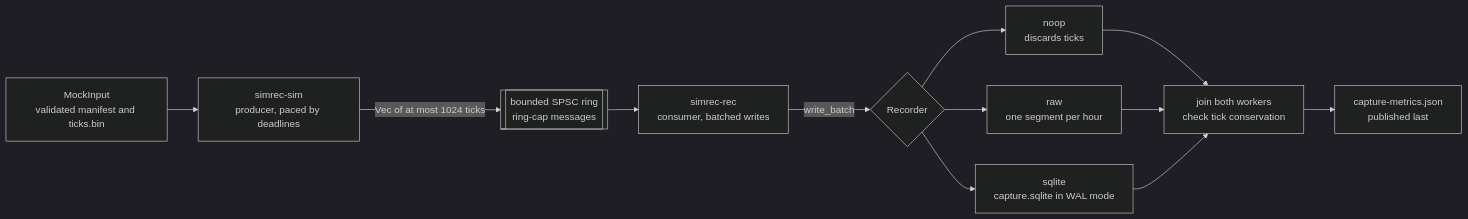
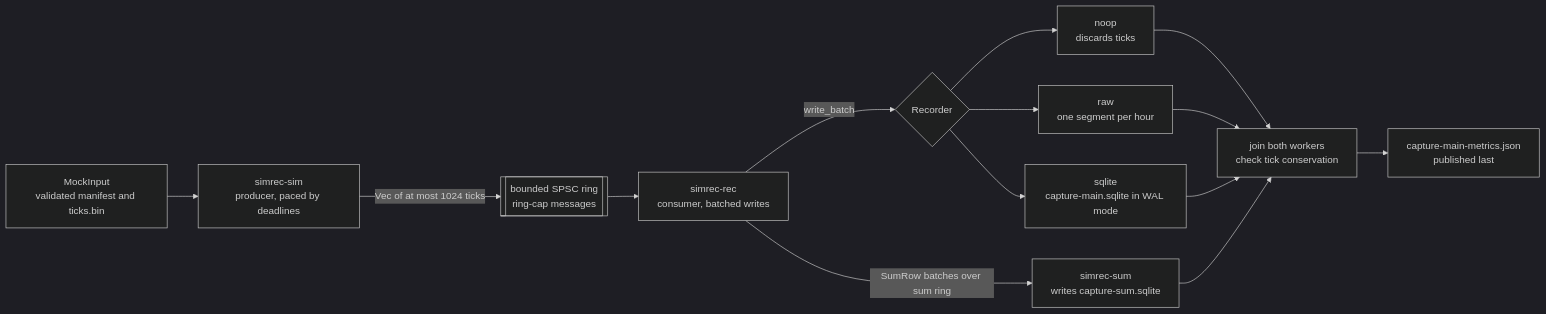
One commit to BriteSnow/rust-blueprint-quadcopter-flight-data changed the third of 5 diagrams in dev/spec-overall.md. Above: the diagram before and after it, drawn with Mermaid (dark theme). The commit also changed other lines of this file and 18 other files, not shown here.

Commit message:
* add capture-sum

````diff
--- a/dev/spec-overall.md
+++ b/dev/spec-overall.md
@@ -66,14 +71,16 @@
 ```mermaid
 flowchart LR
   input["MockInput<br/>validated manifest and ticks.bin"] --> producer["simrec-sim<br/>producer, paced by deadlines"]
   producer -->|"Vec of at most 1024 ticks"| ring[["bounded SPSC ring<br/>ring-cap messages"]]
   ring --> consumer["simrec-rec<br/>consumer, batched writes"]
   consumer -->|"write_batch"| recorder{"Recorder"}
   recorder --> noop["noop<br/>discards ticks"]
   recorder --> raw["raw<br/>one segment per hour"]
-  recorder --> sqlite["sqlite<br/>capture.sqlite in WAL mode"]
+  recorder --> sqlite["sqlite<br/>capture-main.sqlite in WAL mode"]
+  consumer -->|"SumRow batches over sum ring"| summary["simrec-sum<br/>writes capture-sum.sqlite"]
   noop --> finish["join both workers<br/>check tick conservation"]
   raw --> finish
   sqlite --> finish
-  finish --> metrics["capture-metrics.json<br/>published last"]
+  summary --> finish
+  finish --> metrics["capture-main-metrics.json<br/>published last"]
 ```
````
